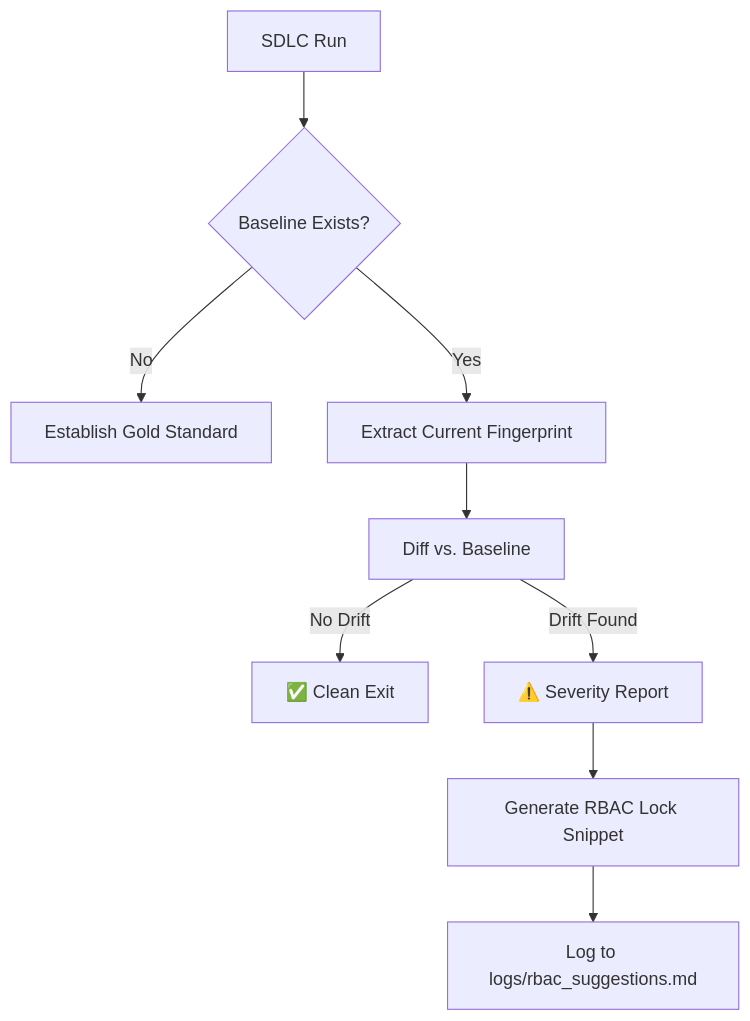
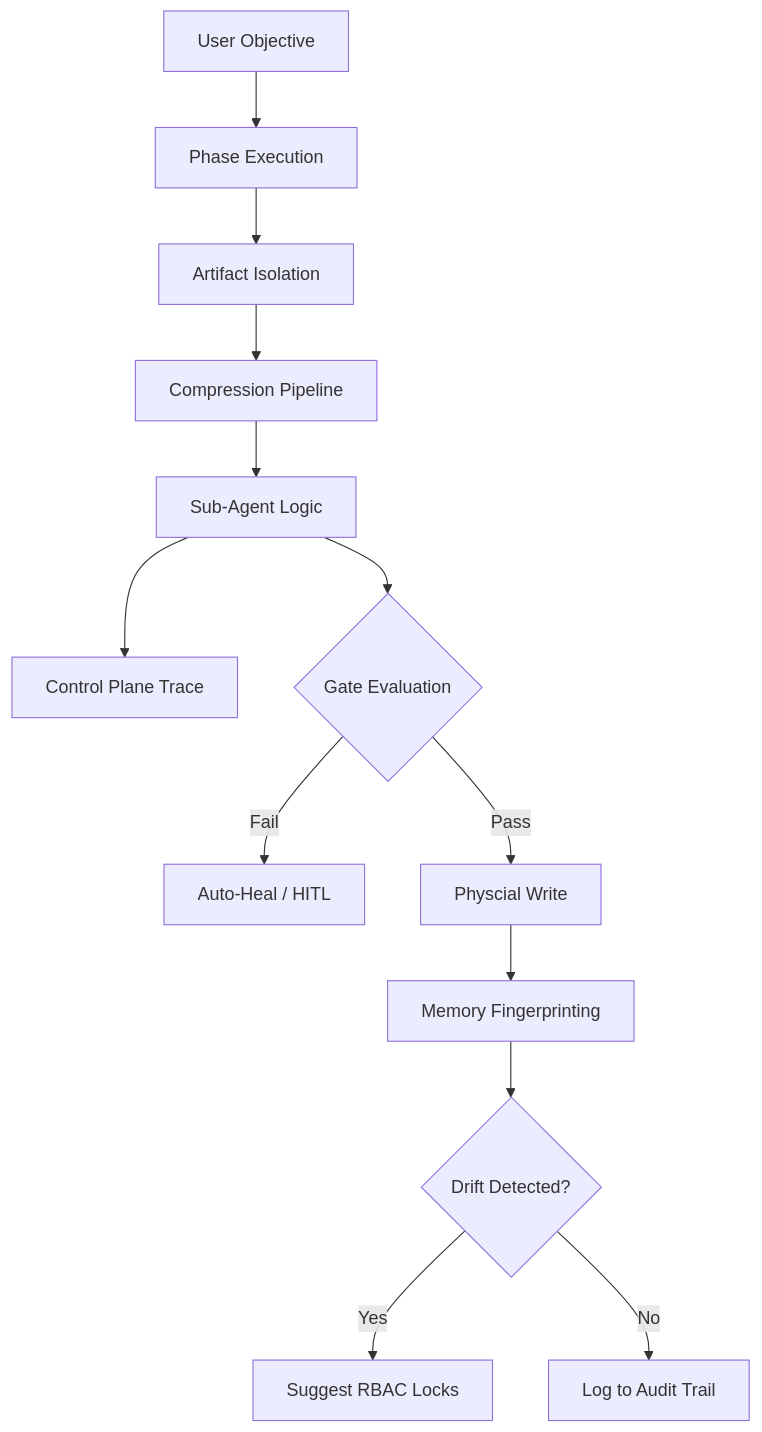
One commit to kasampra/asd-framework-orchestrator changed the diagram in README.md. Above: the diagram before and after it, drawn with Mermaid. The commit also changed other lines of this file and 43 other files, not shown here.

First line of the commit message:
feat: implement context isolation, three-tier compression, and event hooks

````diff
--- a/README.md
+++ b/README.md
@@ -52,11 +47,15 @@
 ```mermaid
 graph TD
-    A[SDLC Run] --> B{Baseline Exists?}
-    B -- No --> C[Establish Gold Standard]
-    B -- Yes --> D[Extract Current Fingerprint]
-    D --> E[Diff vs. Baseline]
-    E -->|No Drift| F[✅ Clean Exit]
-    E -->|Drift Found| G[⚠️ Severity Report]
-    G --> H[Generate RBAC Lock Snippet]
-    H --> I[Log to logs/rbac_suggestions.md]
+    A[User Objective] --> B[Phase Execution]
+    B --> AM[Artifact Isolation]
+    AM --> CC[Compression Pipeline]
+    CC --> Agent[Sub-Agent Logic]
+    Agent --> CP[Control Plane Trace]
+    Agent --> Gate{Gate Evaluation}
+    Gate -- Fail --> Healing[Auto-Heal / HITL]
+    Gate -- Pass --> Disk[Physcial Write]
+    Disk --> Memory[Memory Fingerprinting]
+    Memory --> Drift{Drift Detected?}
+    Drift -- Yes --> RBAC[Suggest RBAC Locks]
+    Drift -- No --> Audit[Log to Audit Trail]
 ```
````
